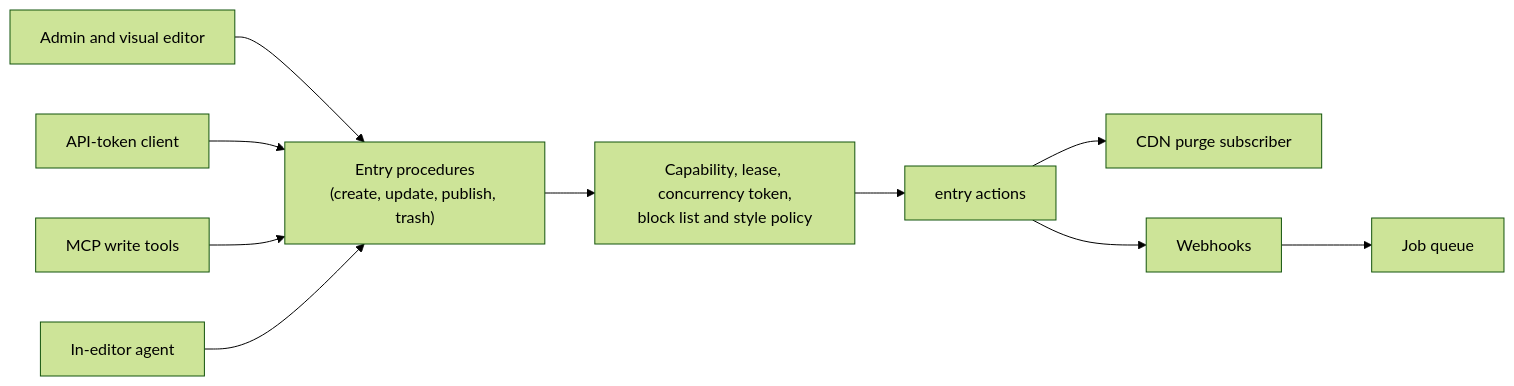
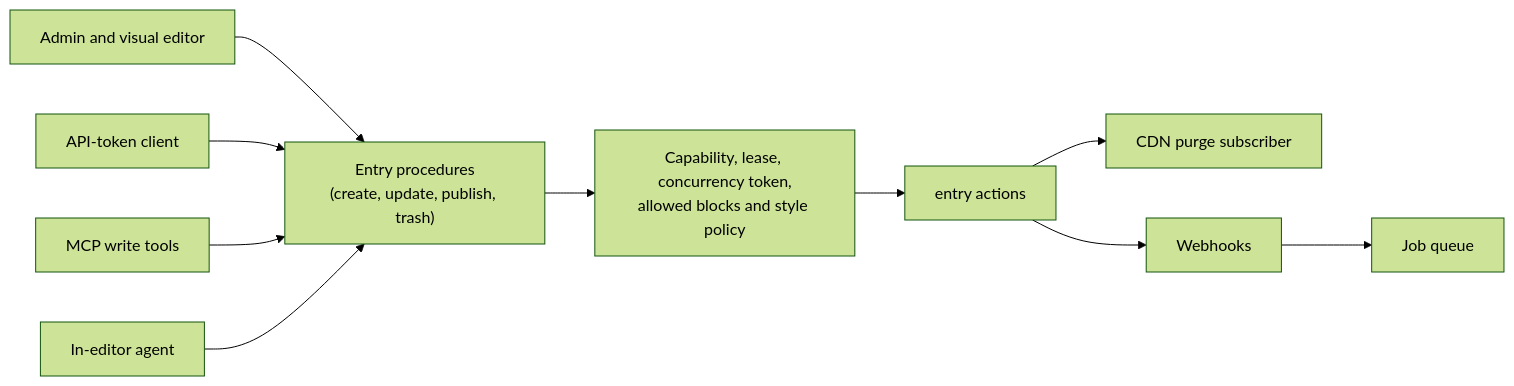
Before and after one commit to withplumix/plumix: the second of 2 diagrams in docs/architecture/rpc-and-editing.md, drawn with Mermaid (forest theme). The commit also changed 66 other files, not shown here.

First line of the commit message:
feat(core): let the theme list the blocks the editor allows

````diff
--- a/docs/architecture/rpc-and-editing.md
+++ b/docs/architecture/rpc-and-editing.md
@@ -30,12 +30,12 @@
 ```mermaid
 flowchart LR
   admin["Admin and visual editor"] --> procs["Entry procedures<br/>(create, update, publish, trash)"]
   token["API-token client"] --> procs
   mcp["MCP write tools"] --> procs
   assistant["In-editor agent"] --> procs
-  procs --> checks["Capability, lease, concurrency token,<br/>block list and style policy"]
+  procs --> checks["Capability, lease, concurrency token,<br/>allowed blocks and style policy"]
   checks --> actions["entry actions"]
   actions --> purge["CDN purge subscriber"]
   actions --> hooks["Webhooks"]
   hooks --> queue["Job queue"]
 ```
````
